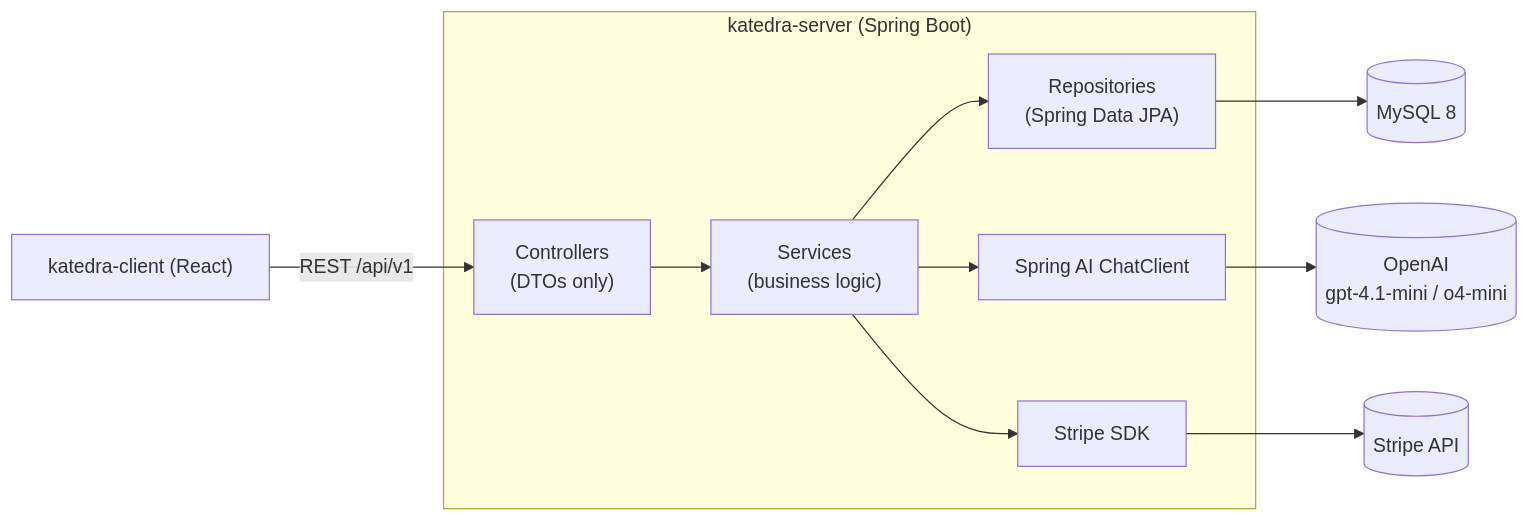
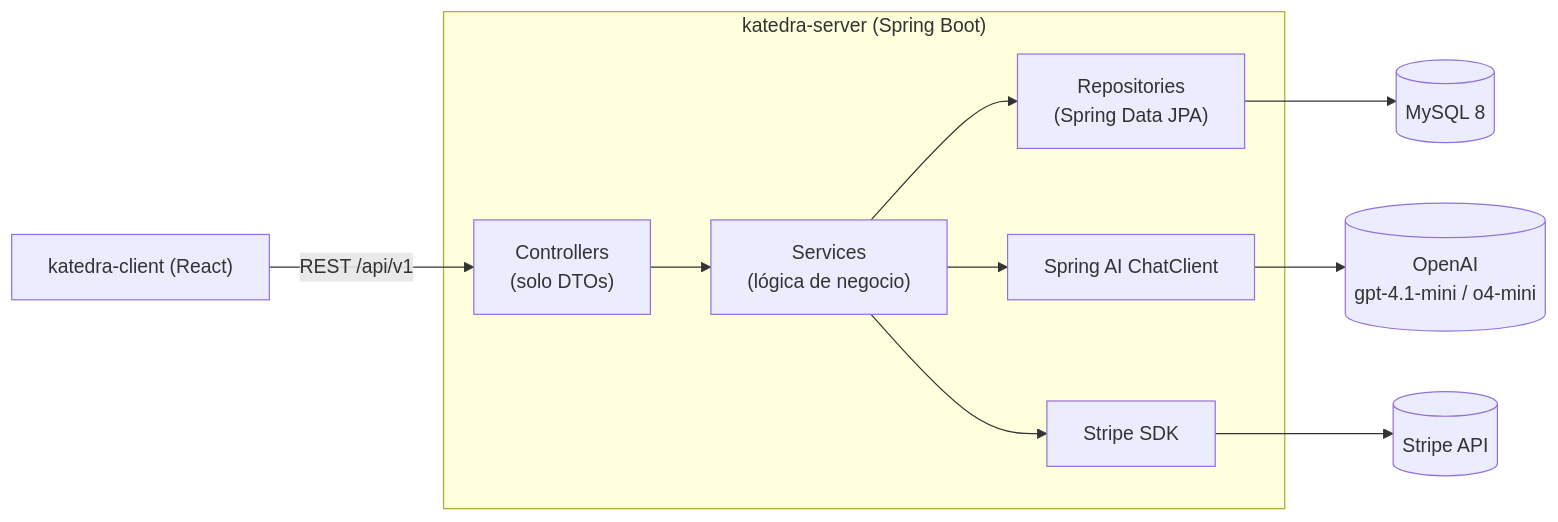
The diagram in README.md (SAULALEE/katedra-server), drawn with Mermaid before and after one commit. The commit also changed other lines of this file and 2 other files, not shown here.

````diff
--- a/README.md
+++ b/README.md
@@ -35,13 +35,13 @@
 ```mermaid
 flowchart LR
     Client["katedra-client (React)"] -->|REST /api/v1| Controller
     subgraph Server["katedra-server (Spring Boot)"]
-        Controller["Controllers\n(DTOs only)"] --> Service["Services\n(business logic)"]
+        Controller["Controllers\n(solo DTOs)"] --> Service["Services\n(lógica de negocio)"]
         Service --> Repo["Repositories\n(Spring Data JPA)"]
         Service --> AI["Spring AI ChatClient"]
         Service --> Stripe["Stripe SDK"]
     end
     Repo --> DB[(MySQL 8)]
     AI --> OpenAI[("OpenAI\ngpt-4.1-mini / o4-mini")]
     Stripe --> StripeAPI[("Stripe API")]
 ```
````
